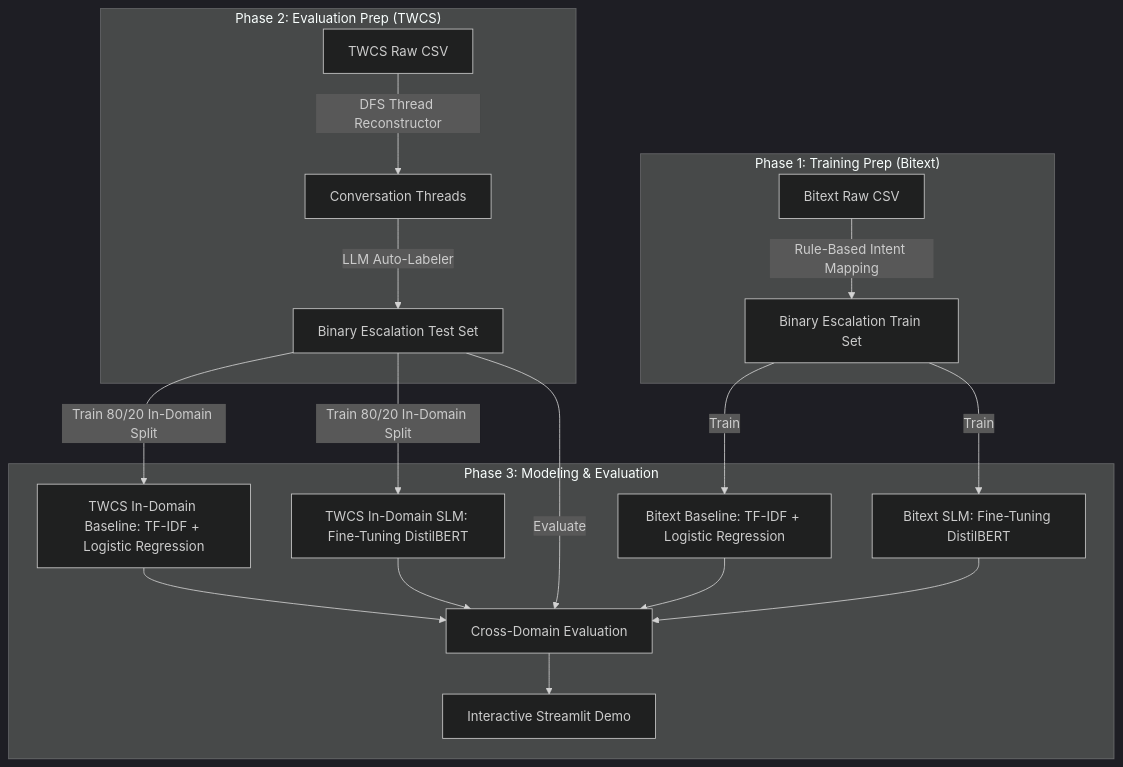
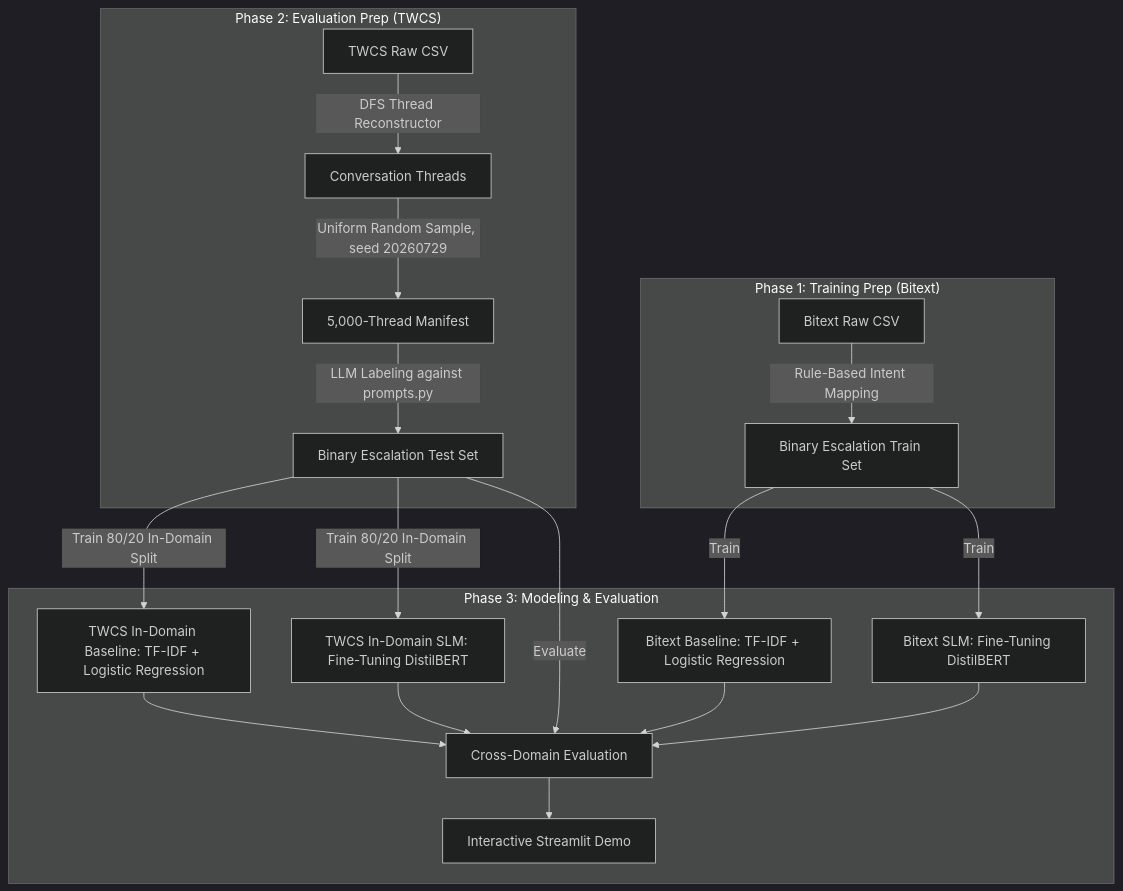
Before and after one commit to weirui828/human-loop: the diagram in README.md, drawn with Mermaid (dark theme). The commit also changed other lines of this file and 20 other files, not shown here.

````diff
--- a/README.md
+++ b/README.md
@@ -41,24 +42,25 @@
 ```mermaid
 graph TD
     subgraph P1["Phase 1: Training Prep (Bitext)"]
         A1[Bitext Raw CSV] -->|Rule-Based Intent Mapping| B1[Binary Escalation Train Set]
     end
 
     subgraph P2["Phase 2: Evaluation Prep (TWCS)"]
         A2[TWCS Raw CSV] -->|DFS Thread Reconstructor| B2[Conversation Threads]
-        B2 -->|LLM Auto-Labeler| C2[Binary Escalation Test Set]
+        B2 -->|Uniform Random Sample, seed 20260729| B3[5,000-Thread Manifest]
+        B3 -->|LLM Labeling against prompts.py| C2[Binary Escalation Test Set]
     end
 
     subgraph P3["Phase 3: Modeling & Evaluation"]
         B1 -->|Train| D[Bitext Baseline: TF-IDF + Logistic Regression]
         B1 -->|Train| E[Bitext SLM: Fine-Tuning DistilBERT]
         C2 -->|Train 80/20 In-Domain Split| H[TWCS In-Domain Baseline: TF-IDF + Logistic Regression]
         C2 -->|Train 80/20 In-Domain Split| I[TWCS In-Domain SLM: Fine-Tuning DistilBERT]
         C2 -->|Evaluate| F[Cross-Domain Evaluation]
         D --> F
         E --> F
         H --> F
         I --> F
         F --> G[Interactive Streamlit Demo]
     end
 ```
````
